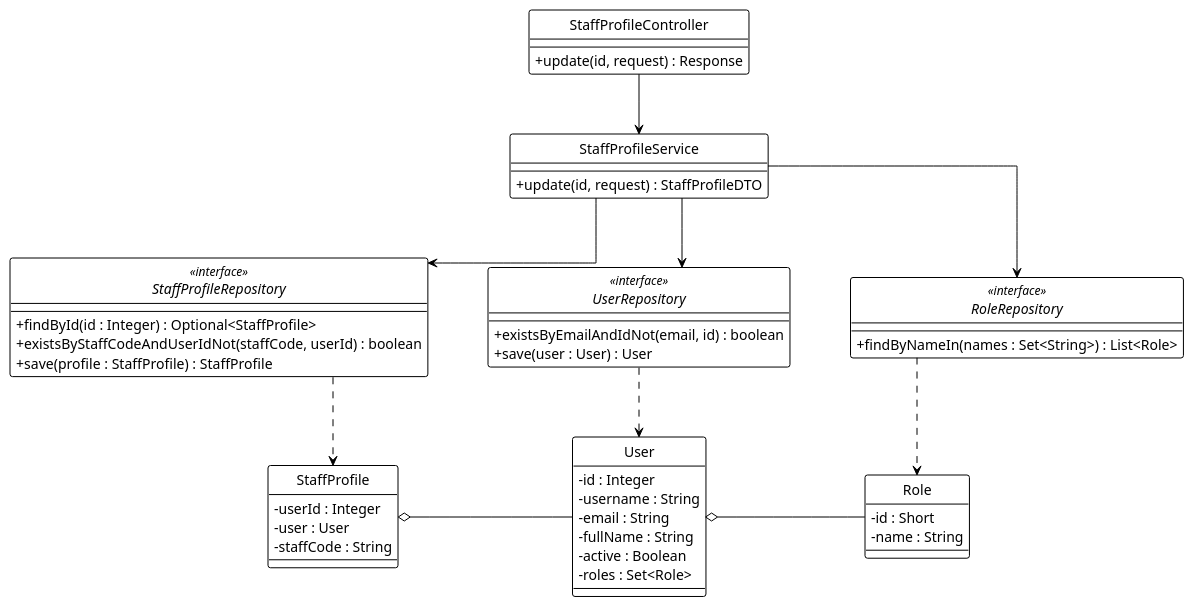
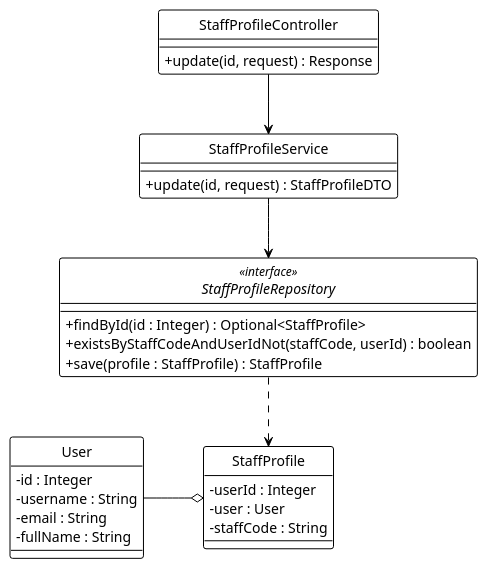
One commit to Ndh474/context changed the diagram in system_detailed_design/52_update_staff/class_diagram_update_staff.puml. Above: the diagram before and after it, drawn with PlantUML. The commit also changed 8 other files, not shown here.

```diff
--- a/system_detailed_design/52_update_staff/class_diagram_update_staff.puml
+++ b/system_detailed_design/52_update_staff/class_diagram_update_staff.puml
@@ -1,73 +1,52 @@
 @startuml update_staff
 !theme plain
 hide circle
 skinparam classAttributeIconSize 0
 
 ' --- CẤU HÌNH "ORTHO" (BẮT BUỘC) ---
 skinparam linetype ortho
 skinparam nodesep 60
 skinparam ranksep 60
 
 ' --- CONTROLLER ---
 class StaffProfileController {
   + update(id, request) : Response
 }
 
 ' --- SERVICE ---
 class StaffProfileService {
   + update(id, request) : StaffProfileDTO
 }
 
 ' --- REPOSITORY ---
 interface StaffProfileRepository <<interface>> {
   + findById(id : Integer) : Optional<StaffProfile>
   + existsByStaffCodeAndUserIdNot(staffCode, userId) : boolean
   + save(profile : StaffProfile) : StaffProfile
 }
 
-interface UserRepository <<interface>> {
-  + existsByEmailAndIdNot(email, id) : boolean
-  + save(user : User) : User
-}
-
-interface RoleRepository <<interface>> {
-  + findByNameIn(names : Set<String>) : List<Role>
-}
-
 ' --- ENTITIES ---
 class StaffProfile {
   - userId : Integer
   - user : User
   - staffCode : String
 }
 
 class User {
   - id : Integer
   - username : String
   - email : String
   - fullName : String
-  - active : Boolean
-  - roles : Set<Role>
-}
-
-class Role {
-  - id : Short
-  - name : String
 }
 
 ' --- DEPENDENCY INJECTION (Association) ---
 StaffProfileController -down-> StaffProfileService
 StaffProfileService -down-> StaffProfileRepository
-StaffProfileService -down-> UserRepository
-StaffProfileService -down-> RoleRepository
 
 ' --- REPOSITORY USAGE (Dependency) ---
 StaffProfileRepository .down.> StaffProfile
-UserRepository .down.> User
-RoleRepository .down.> Role
 
 ' --- ENTITY RELATIONSHIPS (Aggregation) ---
-StaffProfile o-right- User
-User o-right- Role
+StaffProfile o-left- User
 
 @enduml
```
